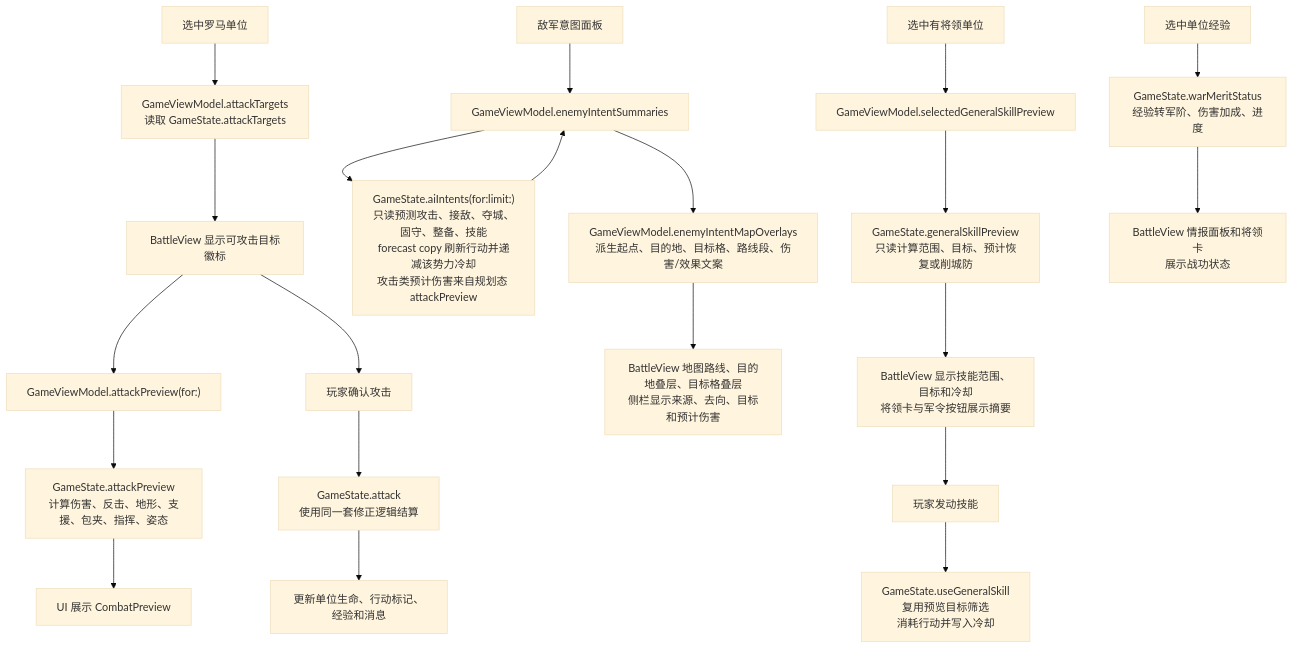
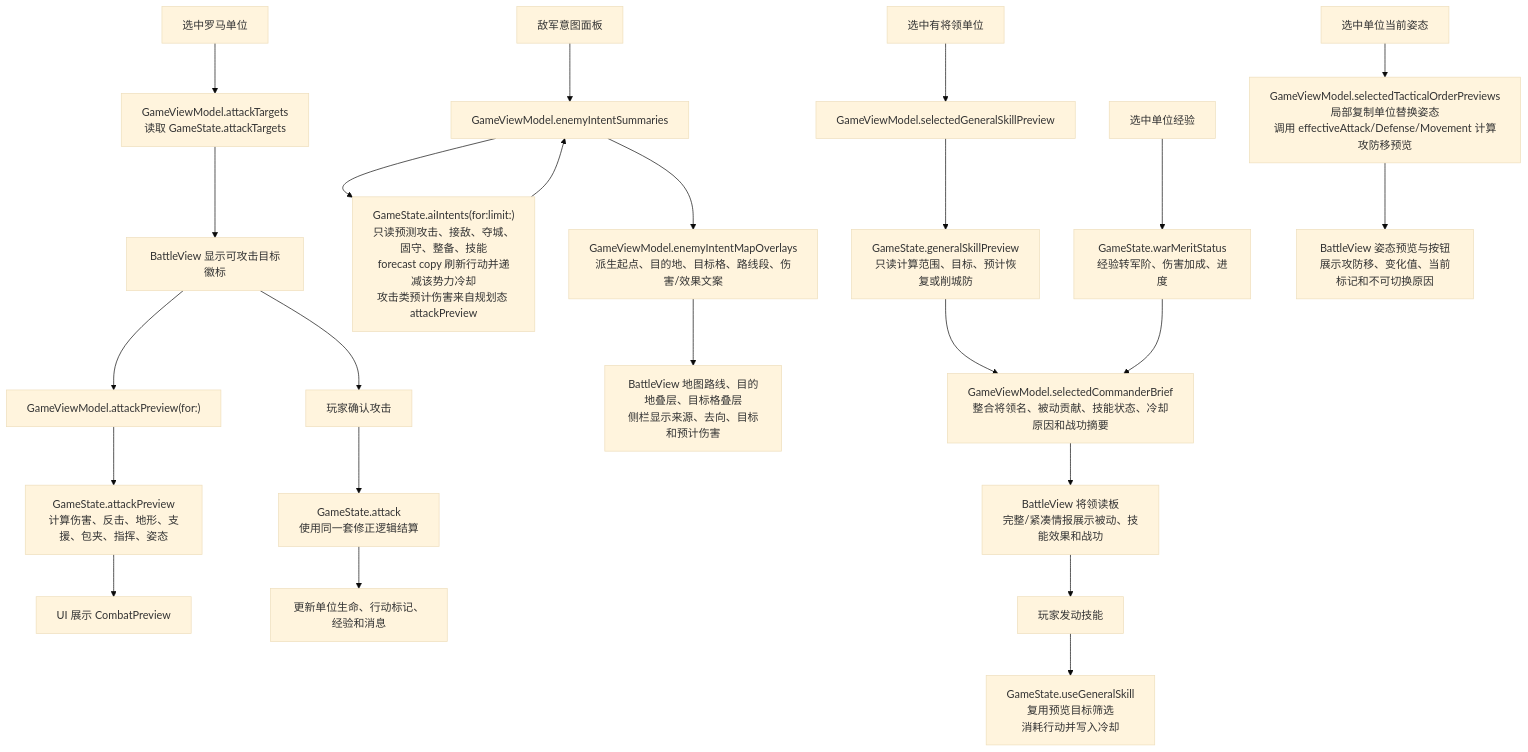
One commit to Altman-sam114/119 changed the third of 6 diagrams in md/flow/flowchart.md. Above: the diagram before and after it, drawn with Mermaid (base theme). The commit also changed 9 other files, not shown here.

````diff
--- a/md/flow/flowchart.md
+++ b/md/flow/flowchart.md
@@ -44,26 +44,30 @@
 ```mermaid
 flowchart TD
     A["选中罗马单位"] --> B["GameViewModel.attackTargets<br/>读取 GameState.attackTargets"]
     B --> C["BattleView 显示可攻击目标徽标"]
     C --> D["GameViewModel.attackPreview(for:)"]
     D --> E["GameState.attackPreview<br/>计算伤害、反击、地形、支援、包夹、指挥、姿态"]
     E --> F["UI 展示 CombatPreview"]
     C --> G["玩家确认攻击"]
     G --> H["GameState.attack<br/>使用同一套修正逻辑结算"]
     H --> I["更新单位生命、行动标记、经验和消息"]
 
     J["敌军意图面板"] --> K["GameViewModel.enemyIntentSummaries"]
     K --> L["GameState.aiIntents(for:limit:)<br/>只读预测攻击、接敌、夺城、固守、整备、技能<br/>forecast copy 刷新行动并递减该势力冷却<br/>攻击类预计伤害来自规划态 attackPreview"]
     K --> M["GameViewModel.enemyIntentMapOverlays<br/>派生起点、目的地、目标格、路线段、伤害/效果文案"]
     L --> K
     M --> W["BattleView 地图路线、目的地叠层、目标格叠层<br/>侧栏显示来源、去向、目标和预计伤害"]
 
     N["选中有将领单位"] --> O["GameViewModel.selectedGeneralSkillPreview"]
     O --> P["GameState.generalSkillPreview<br/>只读计算范围、目标、预计恢复或削城防"]
-    P --> Q["BattleView 显示技能范围、目标和冷却<br/>将领卡与军令按钮展示摘要"]
-    Q --> R["玩家发动技能"]
+    P --> Q["GameViewModel.selectedCommanderBrief<br/>整合将领名、被动贡献、技能状态、冷却原因和战功摘要"]
+    Q --> X["BattleView 将领读板<br/>完整/紧凑情报展示被动、技能效果和战功"]
+    X --> R["玩家发动技能"]
     R --> S["GameState.useGeneralSkill<br/>复用预览目标筛选<br/>消耗行动并写入冷却"]
 
     T["选中单位经验"] --> U["GameState.warMeritStatus<br/>经验转军阶、伤害加成、进度"]
-    U --> V["BattleView 情报面板和将领卡<br/>展示战功状态"]
+    U --> Q
+
+    Y["选中单位当前姿态"] --> Z["GameViewModel.selectedTacticalOrderPreviews<br/>局部复制单位替换姿态<br/>调用 effectiveAttack/Defense/Movement 计算攻防移预览"]
+    Z --> AA["BattleView 姿态预览与按钮<br/>展示攻防移、变化值、当前标记和不可切换原因"]
 ```
````
